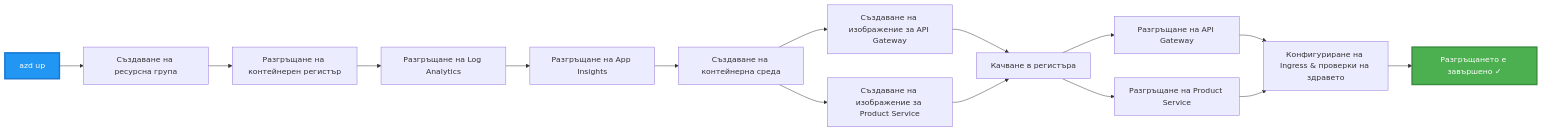
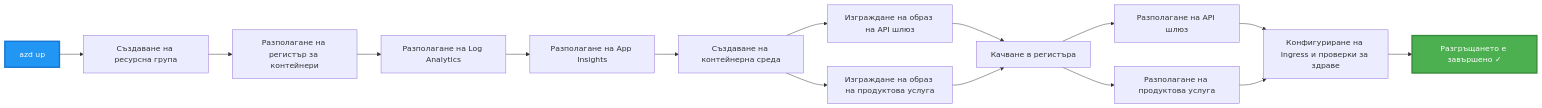
Before and after one commit to microsoft/AZD-for-beginners: the third of 4 diagrams in translations/bg/examples/microservices/README.md, drawn with Mermaid. The commit also changed other lines of this file and 242 other files, not shown here.

````diff
--- a/translations/bg/examples/microservices/README.md
+++ b/translations/bg/examples/microservices/README.md
@@ -242,20 +233,20 @@
 ```mermaid
 graph LR
     A[azd up] --> B[Създаване на ресурсна група]
-    B --> C[Разгръщане на контейнерен регистър]
-    C --> D[Разгръщане на Log Analytics]
-    D --> E[Разгръщане на App Insights]
+    B --> C[Разполагане на регистър за контейнери]
+    C --> D[Разполагане на Log Analytics]
+    D --> E[Разполагане на App Insights]
     E --> F[Създаване на контейнерна среда]
-    F --> G[Създаване на изображение за API Gateway]
-    F --> H[Създаване на изображение за Product Service]
+    F --> G[Изграждане на образ на API шлюз]
+    F --> H[Изграждане на образ на продуктова услуга]
     G --> I[Качване в регистъра]
     H --> I
-    I --> J[Разгръщане на API Gateway]
-    I --> K[Разгръщане на Product Service]
-    J --> L[Конфигуриране на Ingress & проверки на здравето]
+    I --> J[Разполагане на API шлюз]
+    I --> K[Разполагане на продуктова услуга]
+    J --> L[Конфигуриране на Ingress и проверки за здраве]
     K --> L
     L --> M[Разгръщането е завършено ✓]
     
     style A fill:#2196F3,stroke:#1976D2,stroke-width:3px,color:#fff
     style M fill:#4CAF50,stroke:#388E3C,stroke-width:3px,color:#fff
 ```
````
